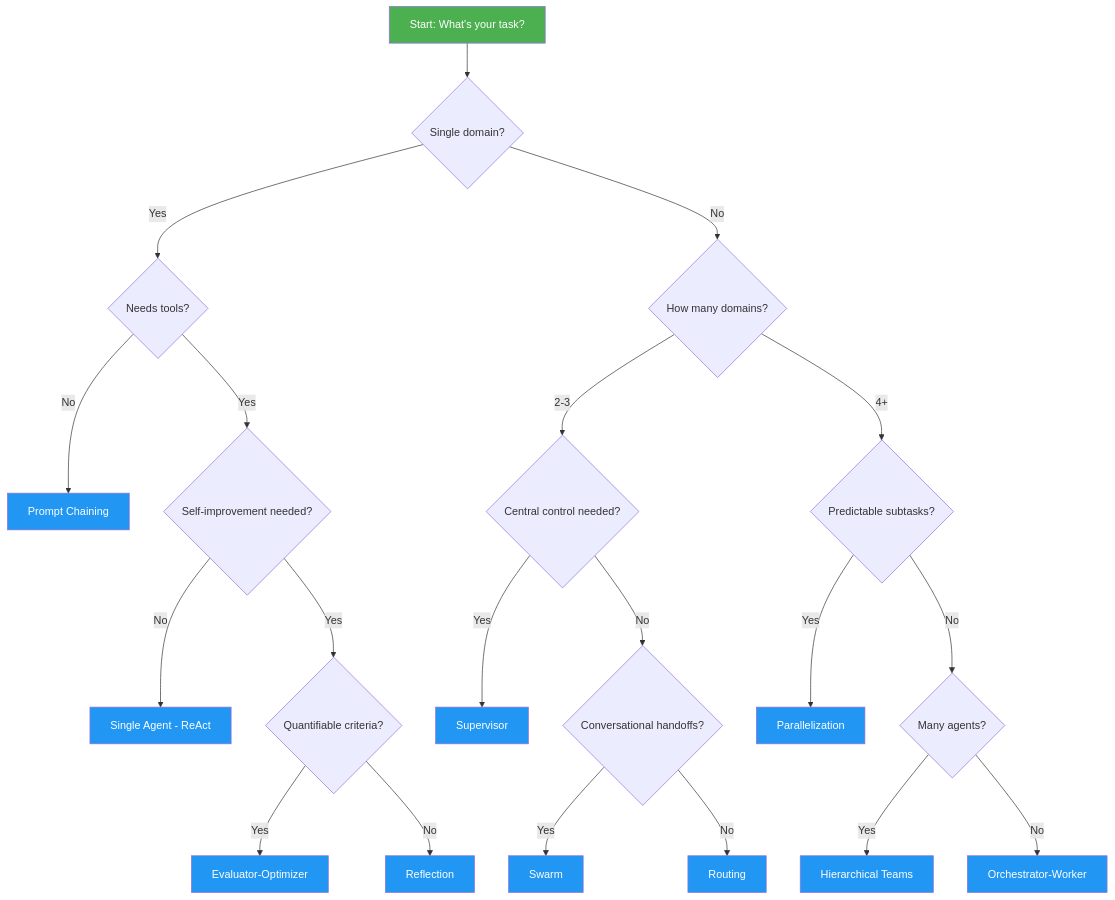
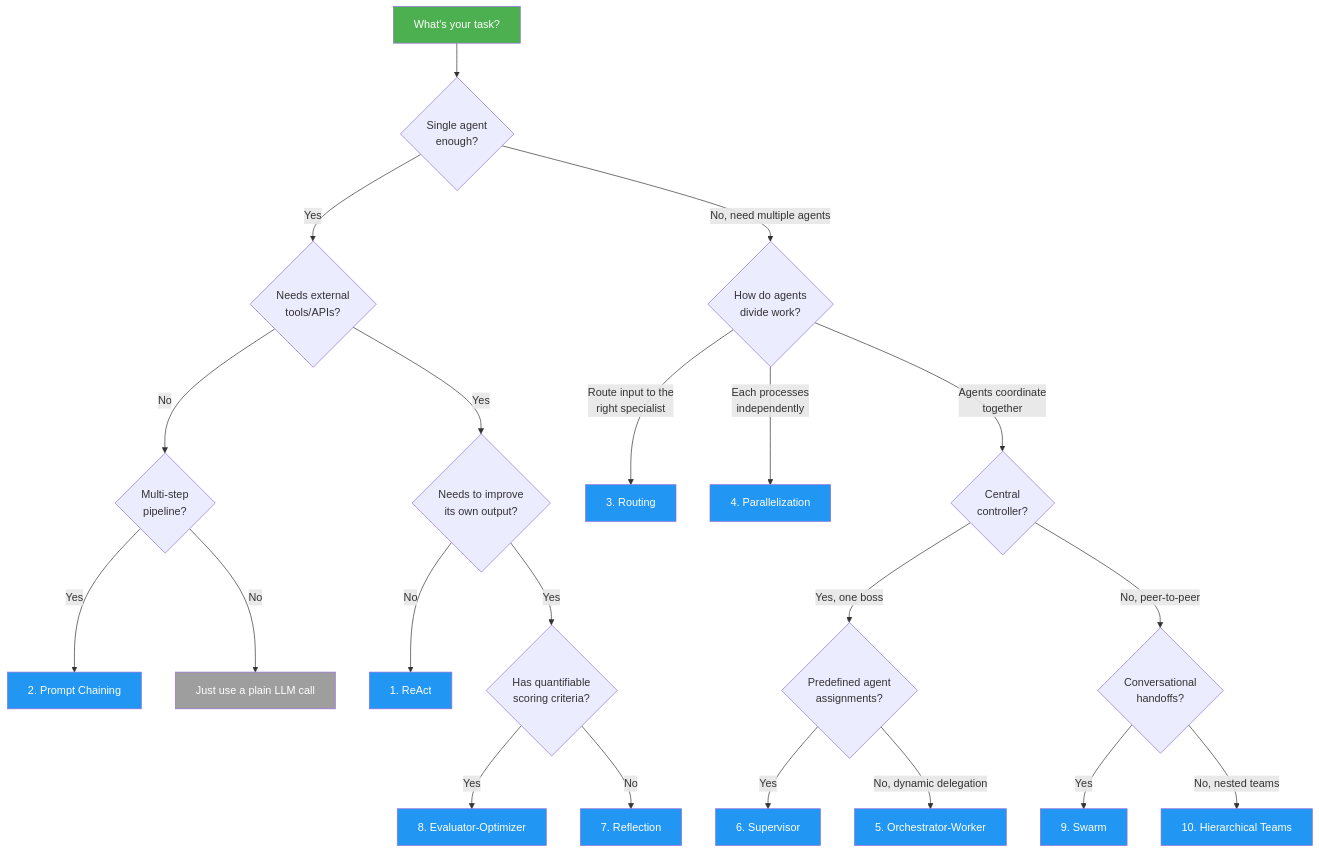
Before and after one commit to saisrinivas-samoju/agentic_architectures: the second of 11 diagrams in docs/architectures/selection-guide.md, drawn with Mermaid. The commit also changed other lines of this file, not shown here.

````diff
--- a/docs/architectures/selection-guide.md
+++ b/docs/architectures/selection-guide.md
@@ -7,36 +45,43 @@
 ```mermaid
 flowchart TD
-    A[Start: What's your task?] --> B{Single domain?}
-    B -->|Yes| C{Needs tools?}
-    C -->|No| D[Prompt Chaining]
-    C -->|Yes| E{Self-improvement needed?}
-    E -->|No| F[Single Agent - ReAct]
-    E -->|Yes| G{Quantifiable criteria?}
-    G -->|Yes| H[Evaluator-Optimizer]
-    G -->|No| I[Reflection]
+    START[What's your task?] --> SINGLE{Single agent<br/>enough?}
 
-    B -->|No| J{How many domains?}
-    J -->|2-3| K{Central control needed?}
-    K -->|Yes| L[Supervisor]
-    K -->|No| M{Conversational handoffs?}
-    M -->|Yes| N[Swarm]
-    M -->|No| O[Routing]
+    SINGLE -->|Yes| TOOLS{Needs external<br/>tools/APIs?}
+    TOOLS -->|No| STEPS{Multi-step<br/>pipeline?}
+    STEPS -->|Yes| PC[2. Prompt Chaining]
+    STEPS -->|No| SIMPLE[Just use a plain LLM call]
 
-    J -->|4+| P{Predictable subtasks?}
-    P -->|Yes| Q[Parallelization]
-    P -->|No| R{Many agents?}
-    R -->|Yes| S[Hierarchical Teams]
-    R -->|No| T[Orchestrator-Worker]
+    TOOLS -->|Yes| IMPROVE{Needs to improve<br/>its own output?}
+    IMPROVE -->|No| REACT[1. ReAct]
+    IMPROVE -->|Yes| CRITERIA{Has quantifiable<br/>scoring criteria?}
+    CRITERIA -->|Yes| EO[8. Evaluator-Optimizer]
+    CRITERIA -->|No| REFL[7. Reflection]
 
-    style A fill:#4CAF50,color:#fff
-    style D fill:#2196F3,color:#fff
-    style F fill:#2196F3,color:#fff
-    style H fill:#2196F3,color:#fff
-    style I fill:#2196F3,color:#fff
-    style L fill:#2196F3,color:#fff
-    style N fill:#2196F3,color:#fff
-    style O fill:#2196F3,color:#fff
-    style Q fill:#2196F3,color:#fff
-    style S fill:#2196F3,color:#fff
-    style T fill:#2196F3,color:#fff
+    SINGLE -->|No, need multiple agents| CLASSIFY{How do agents<br/>divide work?}
+
+    CLASSIFY -->|Route input to the<br/>right specialist| ROUTE[3. Routing]
+    CLASSIFY -->|Each processes<br/>independently| PAR[4. Parallelization]
+
+    CLASSIFY -->|Agents coordinate<br/>together| CONTROL{Central<br/>controller?}
+
+    CONTROL -->|Yes, one boss| PREDEFINED{Predefined agent<br/>assignments?}
+    PREDEFINED -->|Yes| SUP[6. Supervisor]
+    PREDEFINED -->|No, dynamic delegation| OW[5. Orchestrator-Worker]
+
+    CONTROL -->|No, peer-to-peer| HANDOFF{Conversational<br/>handoffs?}
+    HANDOFF -->|Yes| SWARM[9. Swarm]
+    HANDOFF -->|No, nested teams| HIER[10. Hierarchical Teams]
+
+    style START fill:#4CAF50,color:#fff
+    style SIMPLE fill:#9E9E9E,color:#fff
+    style PC fill:#2196F3,color:#fff
+    style REACT fill:#2196F3,color:#fff
+    style EO fill:#2196F3,color:#fff
+    style REFL fill:#2196F3,color:#fff
+    style ROUTE fill:#2196F3,color:#fff
+    style PAR fill:#2196F3,color:#fff
+    style OW fill:#2196F3,color:#fff
+    style SUP fill:#2196F3,color:#fff
+    style SWARM fill:#2196F3,color:#fff
+    style HIER fill:#2196F3,color:#fff
 ```
````
